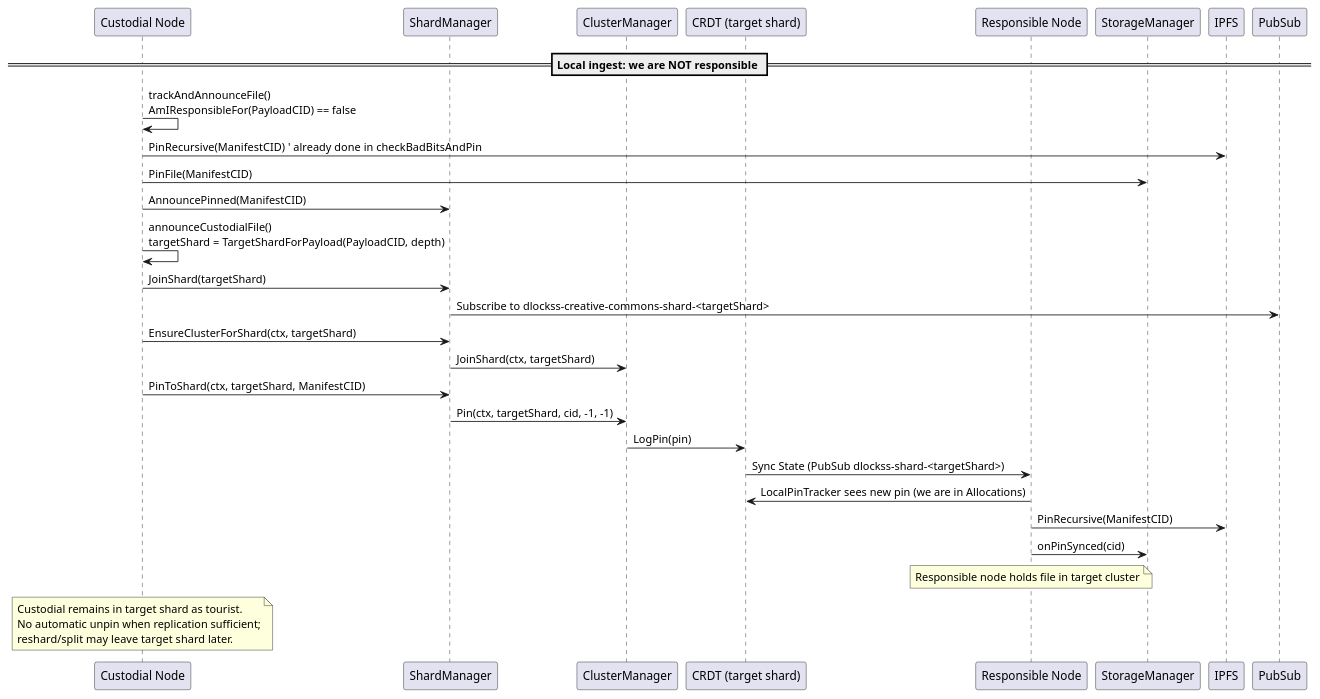
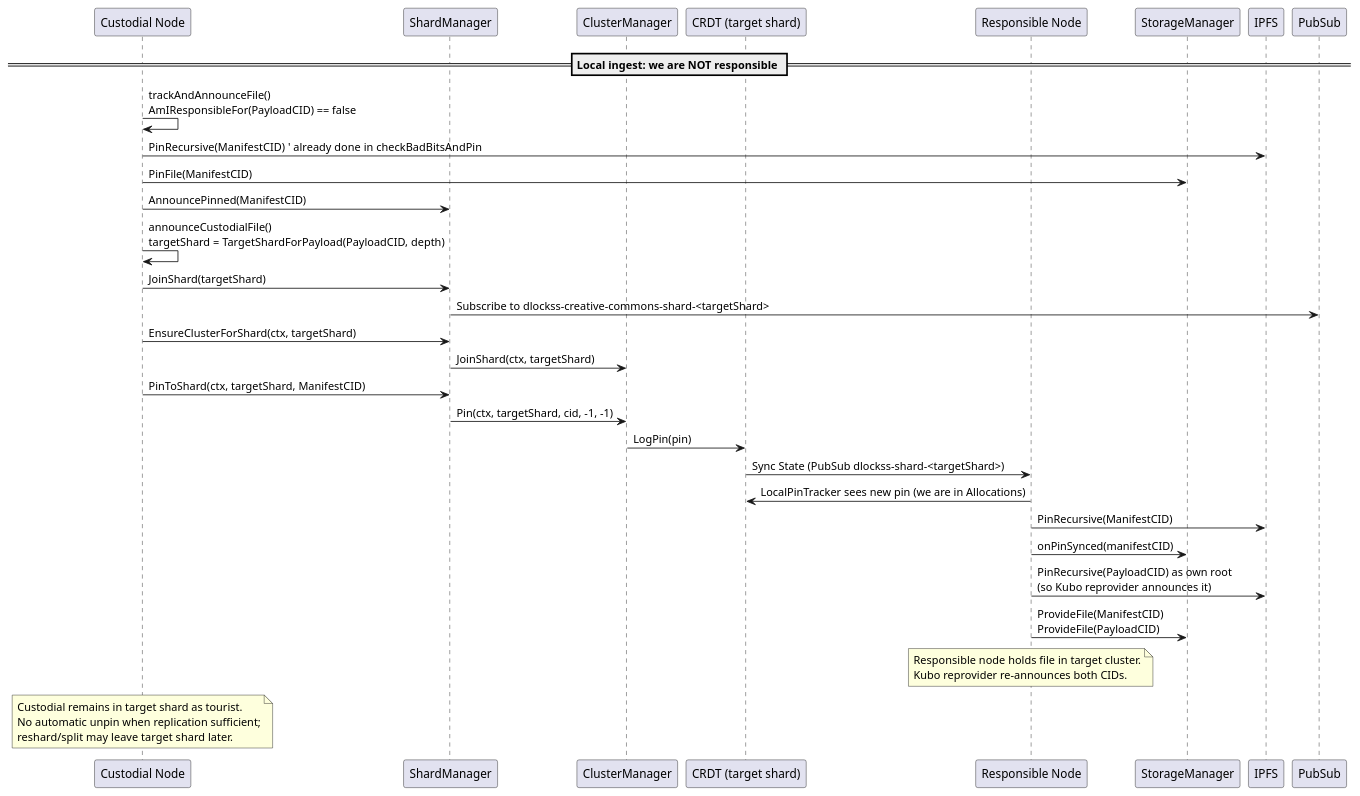
The diagram in docs/custodial_handoff_sequence.puml (gipplab/D-LOCKSS), drawn with PlantUML before and after one commit. The commit also changed 7 other files, not shown here.

```diff
--- a/docs/custodial_handoff_sequence.puml
+++ b/docs/custodial_handoff_sequence.puml
@@ -1,36 +1,38 @@
 @startuml Custodial Handoff Sequence (Tourist Pattern)
 
 participant "Custodial Node" as Custodial
 participant "ShardManager" as ShardMgr
 participant "ClusterManager" as ClusterMgr
 participant "CRDT (target shard)" as CRDT
 participant "Responsible Node" as Responsible
 participant "StorageManager" as Storage
 participant "IPFS" as IPFS
 participant "PubSub" as PubSub
 
 == Local ingest: we are NOT responsible ==
 
 Custodial -> Custodial: trackAndAnnounceFile()\nAmIResponsibleFor(PayloadCID) == false
 Custodial -> IPFS: PinRecursive(ManifestCID)  ' already done in checkBadBitsAndPin
 Custodial -> Storage: PinFile(ManifestCID)
 Custodial -> ShardMgr: AnnouncePinned(ManifestCID)
 
 Custodial -> Custodial: announceCustodialFile()\ntargetShard = TargetShardForPayload(PayloadCID, depth)
 Custodial -> ShardMgr: JoinShard(targetShard)
 ShardMgr -> PubSub: Subscribe to dlockss-creative-commons-shard-<targetShard>
 Custodial -> ShardMgr: EnsureClusterForShard(ctx, targetShard)
 ShardMgr -> ClusterMgr: JoinShard(ctx, targetShard)
 Custodial -> ShardMgr: PinToShard(ctx, targetShard, ManifestCID)
 ShardMgr -> ClusterMgr: Pin(ctx, targetShard, cid, -1, -1)
 ClusterMgr -> CRDT: LogPin(pin)
 CRDT -> Responsible: Sync State (PubSub dlockss-shard-<targetShard>)
 
 Responsible -> CRDT: LocalPinTracker sees new pin (we are in Allocations)
 Responsible -> IPFS: PinRecursive(ManifestCID)
-Responsible -> Storage: onPinSynced(cid)
-Note over Responsible: Responsible node holds file in target cluster
+Responsible -> Storage: onPinSynced(manifestCID)
+Responsible -> IPFS: PinRecursive(PayloadCID) as own root\n(so Kubo reprovider announces it)
+Responsible -> Storage: ProvideFile(ManifestCID)\nProvideFile(PayloadCID)
+Note over Responsible: Responsible node holds file in target cluster.\nKubo reprovider re-announces both CIDs.
 
 Note over Custodial: Custodial remains in target shard as tourist.\nNo automatic unpin when replication sufficient;\nreshard/split may leave target shard later.
 
 @enduml
```
